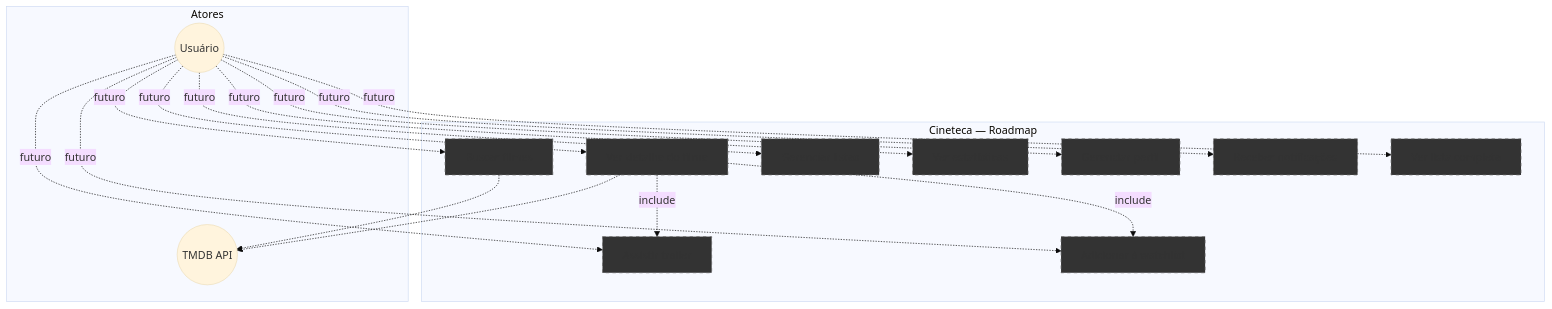
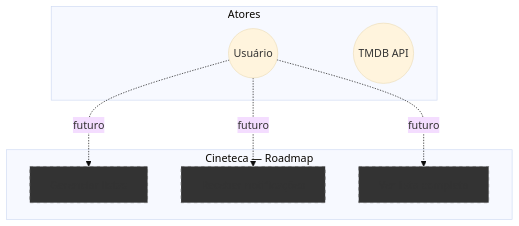
One commit to gilsonsantos03/cineteca changed the third of 8 diagrams in cineteca/DOCUMENTACAO-PROJETO.md. Above: the diagram before and after it, drawn with Mermaid (base theme). The commit also changed other lines of this file and 15 other files, not shown here.

````diff
--- a/cineteca/DOCUMENTACAO-PROJETO.md
+++ b/cineteca/DOCUMENTACAO-PROJETO.md
@@ -771,44 +836,21 @@
 ```mermaid
 graph TB
     subgraph Atores
         U((Usuário))
         API((TMDB API))
     end
 
     subgraph "Cineteca — Roadmap"
-        UC_SEARCH[Buscar filmes]
-        UC_DETAIL[Ver detalhe do filme]
-        UC_TRAILER[Assistir trailer]
-        UC_WATCHLIST[Adicionar à watchlist]
         UC_LISTS[Gerenciar listas]
-        UC_STATS[Ver estatísticas]
-        UC_PROFILE[Gerenciar perfil]
         UC_NOTIFY[Receber notificações]
         UC_SEEALL[Ver lista completa]
     end
 
-    U -.->|futuro| UC_SEARCH
-    U -.->|futuro| UC_DETAIL
-    U -.->|futuro| UC_TRAILER
-    U -.->|futuro| UC_WATCHLIST
     U -.->|futuro| UC_LISTS
-    U -.->|futuro| UC_STATS
-    U -.->|futuro| UC_PROFILE
     U -.->|futuro| UC_NOTIFY
     U -.->|futuro| UC_SEEALL
 
-    UC_DETAIL -.->|include| UC_TRAILER
-    UC_DETAIL -.->|include| UC_WATCHLIST
-    UC_SEARCH -.-> API
-    UC_DETAIL -.-> API
-
-    style UC_SEARCH fill:#333,stroke:#666,stroke-dasharray: 5 5
-    style UC_DETAIL fill:#333,stroke:#666,stroke-dasharray: 5 5
-    style UC_TRAILER fill:#333,stroke:#666,stroke-dasharray: 5 5
-    style UC_WATCHLIST fill:#333,stroke:#666,stroke-dasharray: 5 5
     style UC_LISTS fill:#333,stroke:#666,stroke-dasharray: 5 5
-    style UC_STATS fill:#333,stroke:#666,stroke-dasharray: 5 5
-    style UC_PROFILE fill:#333,stroke:#666,stroke-dasharray: 5 5
     style UC_NOTIFY fill:#333,stroke:#666,stroke-dasharray: 5 5
     style UC_SEEALL fill:#333,stroke:#666,stroke-dasharray: 5 5
 ```
````
